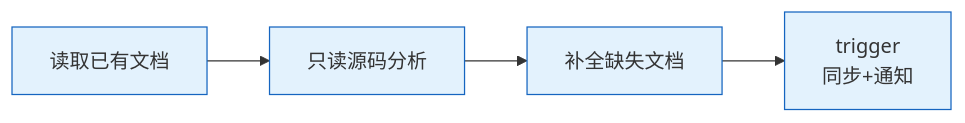
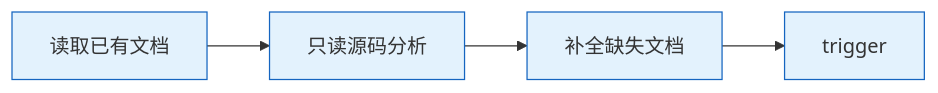
The ninth of 10 diagrams in skills/rui/SKILL.md (effiy/YrY), drawn with Mermaid before and after one commit. The commit also changed other lines of this file and 1 other file, not shown here.

````diff
--- a/skills/rui/SKILL.md
+++ b/skills/rui/SKILL.md
@@ -363,7 +268,7 @@
 ```mermaid
 flowchart LR
     A[读取已有文档]:::s --> B[只读源码分析]:::s
     B --> C[补全缺失文档]:::s
-    C --> D[trigger<br/>同步+通知]:::s
+    C --> D[trigger]:::s
     classDef s fill:#e3f2fd,stroke:#1565c0;
 ```
````
